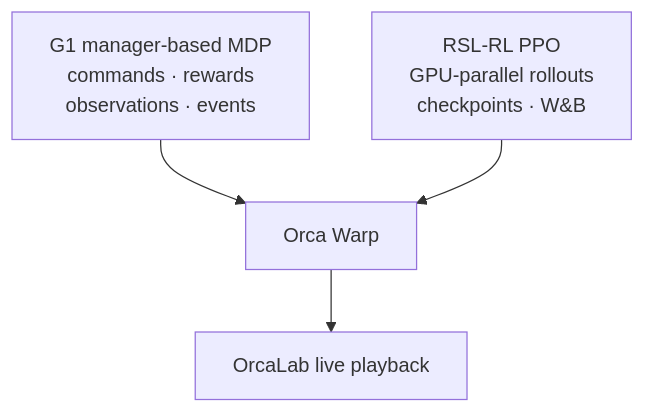
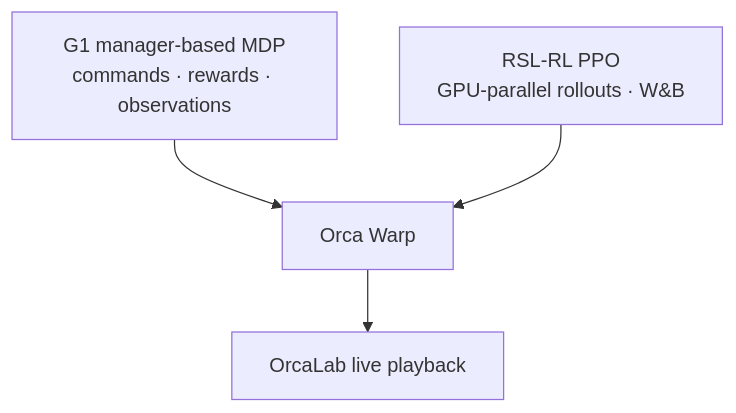
Before and after one commit to openverse-orca/OrcaLocomotion: the diagram in README.md, drawn with Mermaid. The commit also changed other lines of this file, not shown here.

````diff
--- a/README.md
+++ b/README.md
@@ -12,11 +11,11 @@
 ```mermaid
 flowchart TB
-    MDP["G1 manager-based MDP<br/>commands · rewards<br/>observations · events"]
-    PPO["RSL-RL PPO<br/>GPU-parallel rollouts<br/>checkpoints · W&amp;B"]
+    MDP["G1 manager-based MDP<br/>commands · rewards · observations"]
+    PPO["RSL-RL PPO<br/>GPU-parallel rollouts · W&amp;B"]
     WARP["Orca Warp"]
     PLAYBACK["OrcaLab live playback"]
 
     MDP --> WARP
     PPO --> WARP
     WARP --> PLAYBACK
 ```
````
